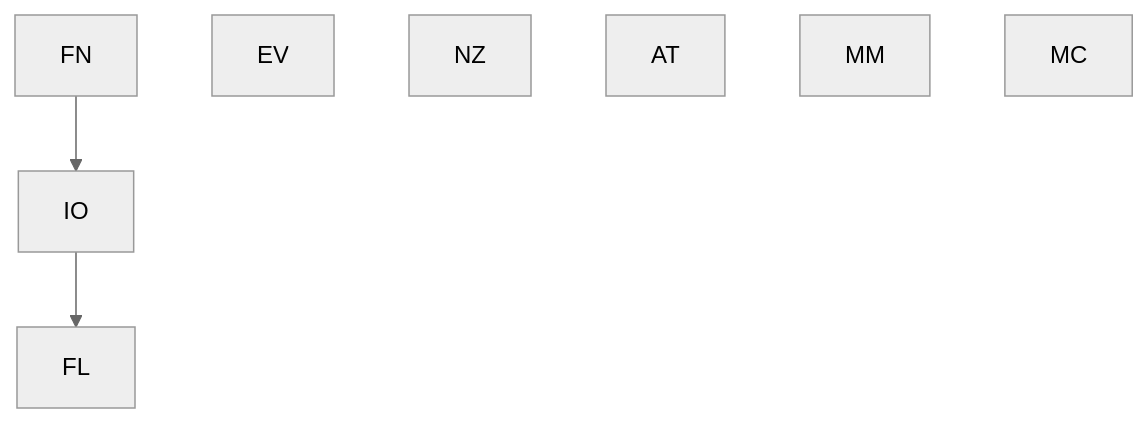
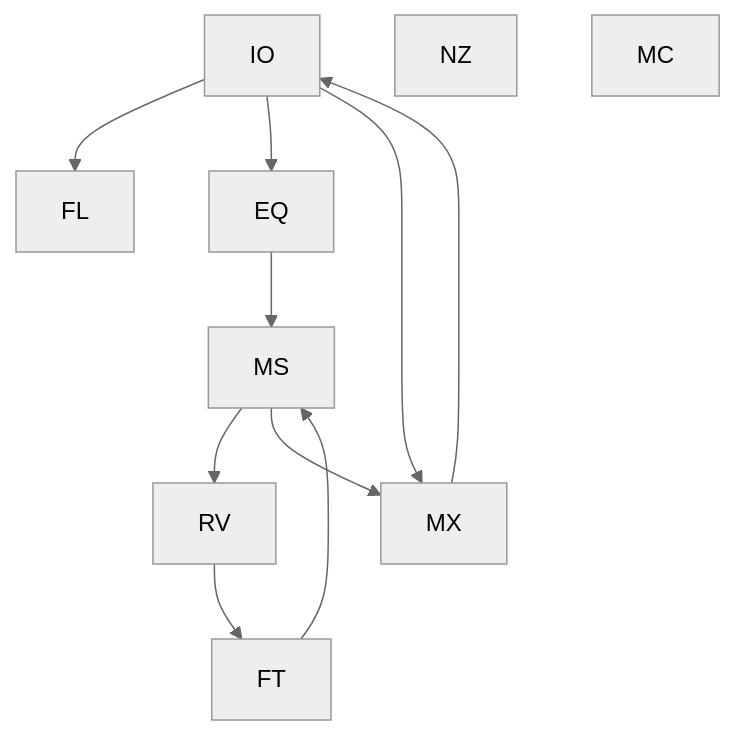
Before and after one commit to acumartini/dectet-public: diagram 11 of 19 in README.md, drawn with Mermaid (neutral theme). The commit also changed other lines of this file, not shown here.

````diff
--- a/README.md
+++ b/README.md
@@ -1306,10 +1298,8 @@
 ```mermaid
 flowchart TD
   IO-->FL
-  FN-->IO
-  EV
+  IO-->EQ-->MS-->RV-->FT-->MS-->MX-->IO
+  IO-->MX
   NZ
-  AT
-  MM
   MC
 ```
````
